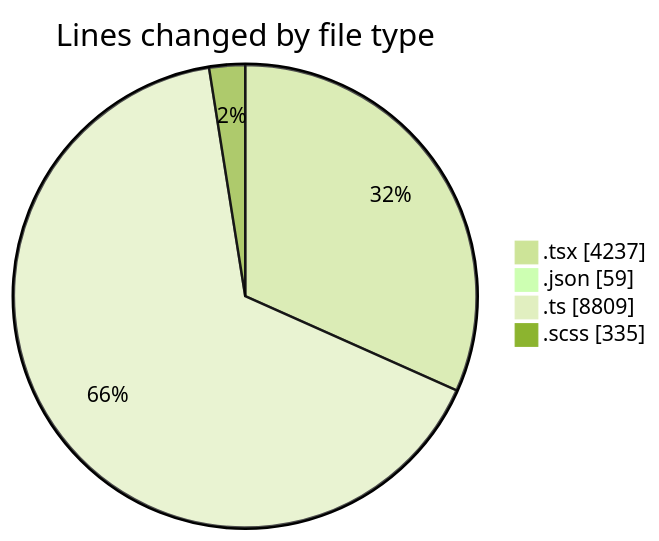
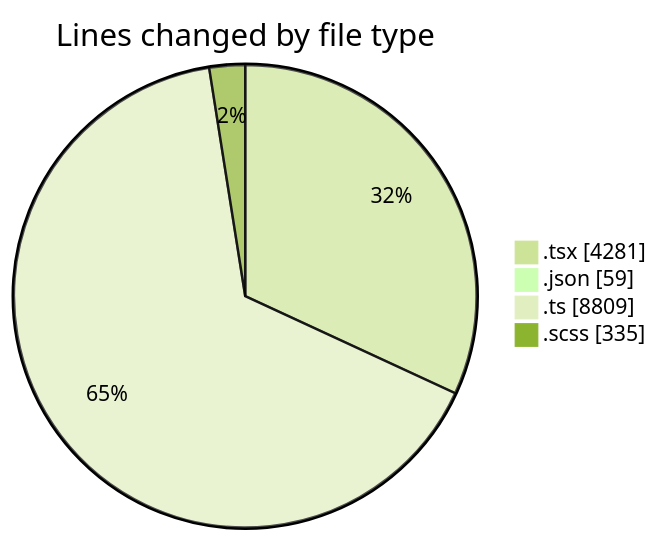
The first of 2 diagrams in 2025-11-24/cda/README.md (momahboobian/code-tracking), drawn with Mermaid (forest theme) before and after one commit. The commit also changed other lines of this file and 1 other file, not shown here.

````diff
--- a/2025-11-24/cda/README.md
+++ b/2025-11-24/cda/README.md
@@ -35,8 +35,8 @@
 ```mermaid
 pie showData
 title Lines changed by file type
-".tsx" : 4237
+".tsx" : 4281
 ".json" : 59
 ".ts" : 8809
 ".scss" : 335
 ```
````
